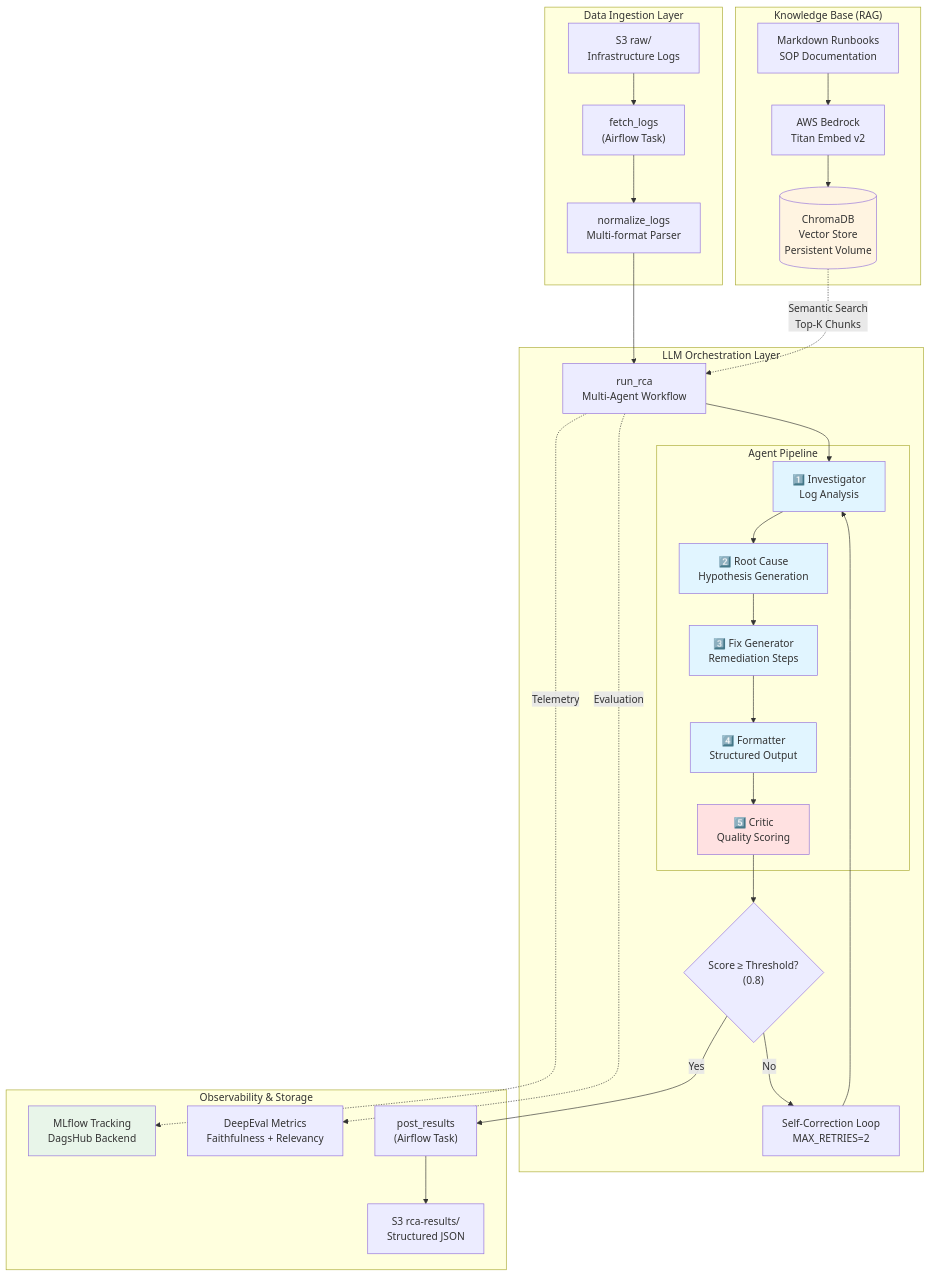
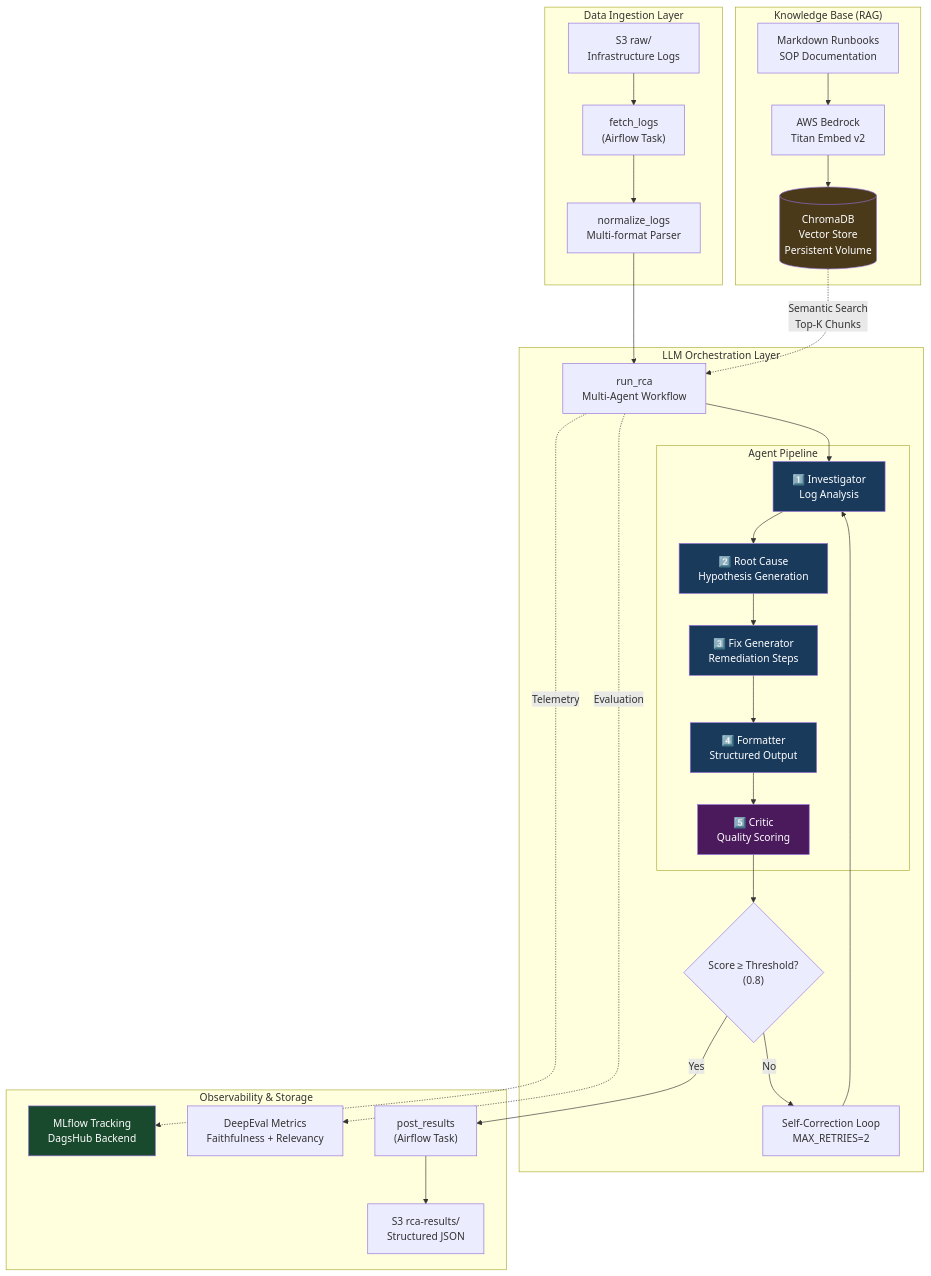
The first of 16 diagrams in README.md (nasim-raj-laskar/InfraMind), drawn with Mermaid before and after one commit. The commit also changed other lines of this file and 1 other file, not shown here.

````diff
--- a/README.md
+++ b/README.md
@@ -11,67 +11,67 @@
 ```mermaid
 graph TB
     subgraph "Data Ingestion Layer"
         S3_RAW["S3 raw/<br/>Infrastructure Logs"]
         FETCH["fetch_logs<br/>(Airflow Task)"]
         NORM["normalize_logs<br/>Multi-format Parser"]
     end
     
     subgraph "Knowledge Base (RAG)"
         RUNBOOKS["Markdown Runbooks<br/>SOP Documentation"]
         EMBED["AWS Bedrock<br/>Titan Embed v2"]
         CHROMA[("ChromaDB<br/>Vector Store<br/>Persistent Volume")]
     end
     
     subgraph "LLM Orchestration Layer"
         RCA_ORCH["run_rca<br/>Multi-Agent Workflow"]
         
         subgraph "Agent Pipeline"
             A1["1️⃣ Investigator<br/>Log Analysis"]
             A2["2️⃣ Root Cause<br/>Hypothesis Generation"]
             A3["3️⃣ Fix Generator<br/>Remediation Steps"]
             A4["4️⃣ Formatter<br/>Structured Output"]
             A5["5️⃣ Critic<br/>Quality Scoring"]
         end
         
         RETRY{"Score ≥ Threshold?<br/>(0.8)"}
         LOOP["Self-Correction Loop<br/>MAX_RETRIES=2"]
     end
     
     subgraph "Observability & Storage"
         MLFLOW["MLflow Tracking<br/>DagsHub Backend"]
         DEEPEVAL["DeepEval Metrics<br/>Faithfulness + Relevancy"]
         S3_OUT["S3 rca-results/<br/>Structured JSON"]
         POST["post_results<br/>(Airflow Task)"]
     end
     
     S3_RAW --> FETCH
     FETCH --> NORM
     RUNBOOKS --> EMBED
     EMBED --> CHROMA
     
     NORM --> RCA_ORCH
     CHROMA -."Semantic Search<br/>Top-K Chunks".-> RCA_ORCH
     
     RCA_ORCH --> A1
     A1 --> A2
     A2 --> A3
     A3 --> A4
     A4 --> A5
     
     A5 --> RETRY
     RETRY -->|"No"| LOOP
     LOOP --> A1
     RETRY -->|"Yes"| POST
     
     RCA_ORCH -."Telemetry".-> MLFLOW
     RCA_ORCH -."Evaluation".-> DEEPEVAL
     POST --> S3_OUT
     
-    style A1 fill:#e1f5ff
-    style A2 fill:#e1f5ff
-    style A3 fill:#e1f5ff
-    style A4 fill:#e1f5ff
-    style A5 fill:#ffe1e1
-    style CHROMA fill:#fff4e1
-    style MLFLOW fill:#e8f5e9
+    style A1 fill:#1a3a5c,color:#fff
+    style A2 fill:#1a3a5c,color:#fff
+    style A3 fill:#1a3a5c,color:#fff
+    style A4 fill:#1a3a5c,color:#fff
+    style A5 fill:#4a1a5c,color:#fff
+    style CHROMA fill:#4a3a1a,color:#fff
+    style MLFLOW fill:#1a4a2e,color:#fff
 ```
````
